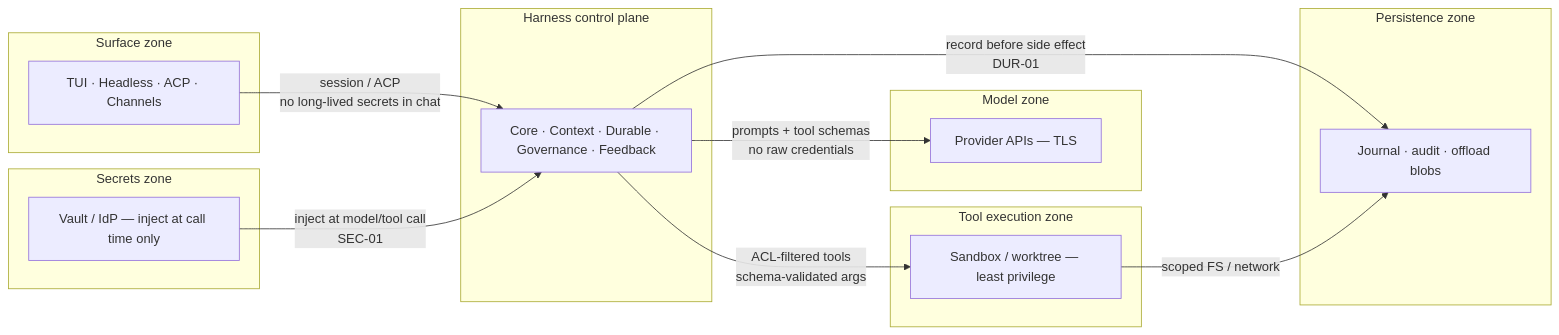
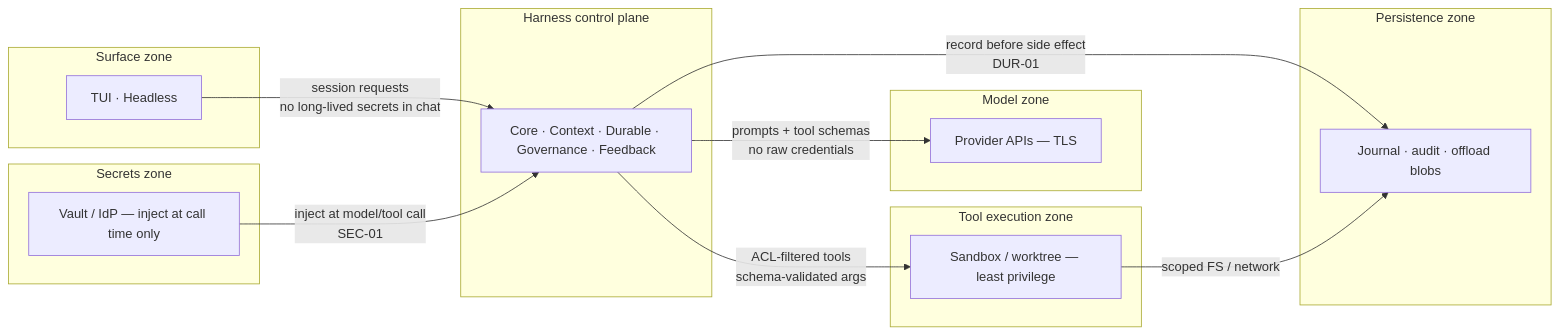
Before and after one commit to NorviaLabs/forge: the second of 14 diagrams in docs/architecture.md, drawn with Mermaid. The commit also changed other lines of this file and 30 other files, not shown here.

Commit message:
Remove ACP, channels, fleet, and speech-to-text features

````diff
--- a/docs/architecture.md
+++ b/docs/architecture.md
@@ -124,33 +120,33 @@
 ```mermaid
 flowchart LR
   subgraph surface_zone["Surface zone"]
-    S["TUI · Headless · ACP · Channels"]
+    S["TUI · Headless"]
   end
 
   subgraph control_plane["Harness control plane"]
     CP["Core · Context · Durable · Governance · Feedback"]
   end
 
   subgraph model_zone["Model zone"]
     M["Provider APIs — TLS"]
   end
 
   subgraph tool_zone["Tool execution zone"]
     T["Sandbox / worktree — least privilege"]
   end
 
   subgraph persist_zone["Persistence zone"]
     P["Journal · audit · offload blobs"]
   end
 
   subgraph secrets_zone["Secrets zone"]
     V["Vault / IdP — inject at call time only"]
   end
 
-  S -->|"session / ACP<br/>no long-lived secrets in chat"| CP
+  S -->|"session requests<br/>no long-lived secrets in chat"| CP
   CP -->|"prompts + tool schemas<br/>no raw credentials"| M
   CP -->|"ACL-filtered tools<br/>schema-validated args"| T
   CP -->|"record before side effect<br/>DUR-01"| P
   V -->|"inject at model/tool call<br/>SEC-01"| CP
   T -->|"scoped FS / network"| P
 ```
````
